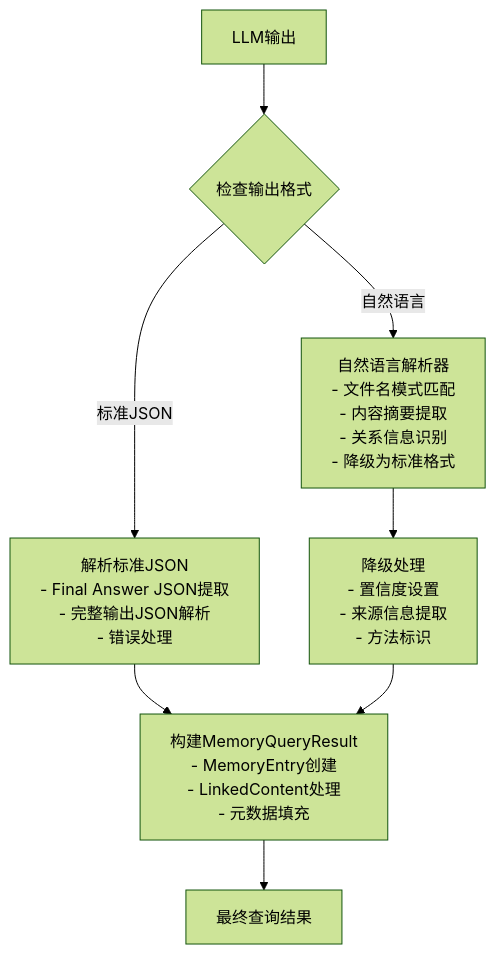
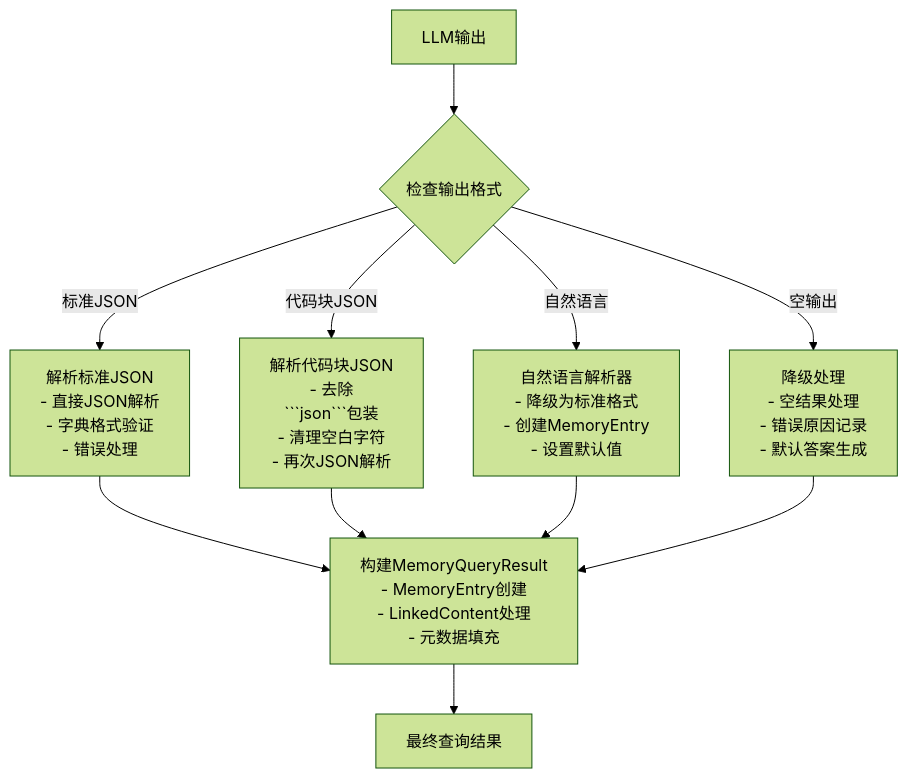
Before and after one commit to WangYiKai1017/zizuan: the sixth of 8 diagrams in .qoder/repowiki/zh/content/知识库系统/知识库查询机制.md, drawn with Mermaid (forest theme). The commit also changed other lines of this file and 7 other files, not shown here.

````diff
--- a/.qoder/repowiki/zh/content/知识库系统/知识库查询机制.md
+++ b/.qoder/repowiki/zh/content/知识库系统/知识库查询机制.md
@@ -274,10 +241,14 @@
 ```mermaid
 flowchart TD
 Output[LLM输出] --> CheckFormat{检查输出格式}
-CheckFormat --> |标准JSON| ParseJSON["解析标准JSON<br/>- Final Answer JSON提取<br/>- 完整输出JSON解析<br/>- 错误处理"]
-CheckFormat --> |自然语言| NLParser["自然语言解析器<br/>- 文件名模式匹配<br/>- 内容摘要提取<br/>- 关系信息识别<br/>- 降级为标准格式"]
+CheckFormat --> |标准JSON| ParseJSON["解析标准JSON<br/>- 直接JSON解析<br/>- 字典格式验证<br/>- 错误处理"]
+CheckFormat --> |代码块JSON| ParseCodeBlock["解析代码块JSON<br/>- 去除
+```json```包装<br/>- 清理空白字符<br/>- 再次JSON解析"]
+CheckFormat --> |自然语言| NLParser["自然语言解析器<br/>- 降级为标准格式<br/>- 创建MemoryEntry<br/>- 设置默认值"]
+CheckFormat --> |空输出| Fallback["降级处理<br/>- 空结果处理<br/>- 错误原因记录<br/>- 默认答案生成"]
 ParseJSON --> BuildResult["构建MemoryQueryResult<br/>- MemoryEntry创建<br/>- LinkedContent处理<br/>- 元数据填充"]
-NLParser --> Fallback["降级处理<br/>- 置信度设置<br/>- 来源信息提取<br/>- 方法标识"]
+ParseCodeBlock --> BuildResult
+NLParser --> BuildResult
 Fallback --> BuildResult
 BuildResult --> FinalResult[最终查询结果]
 ```
````
